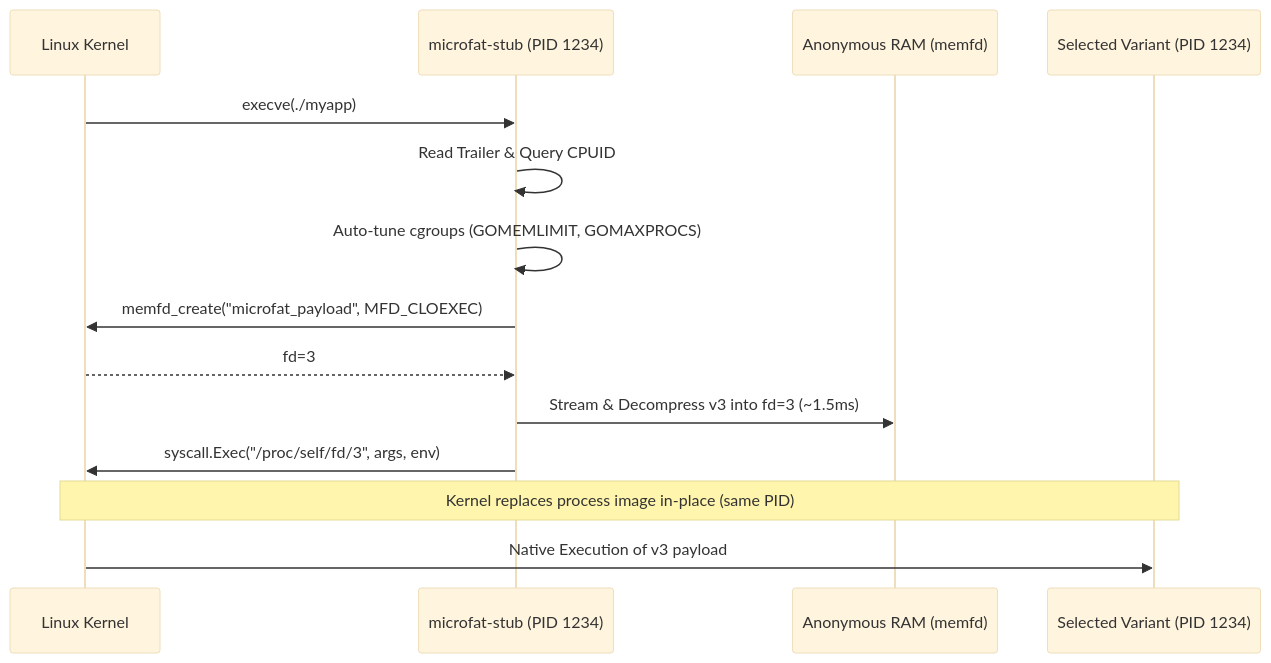
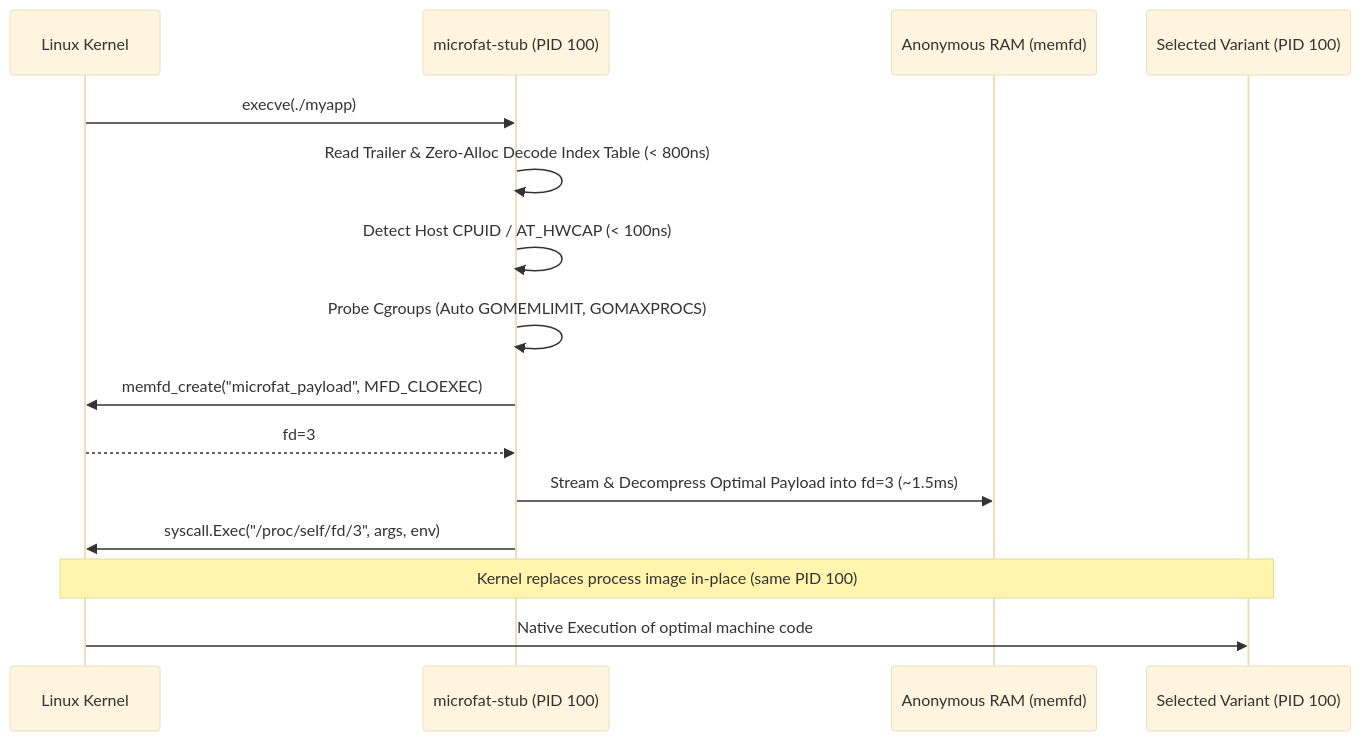
One commit to EpicBlackWolfZ/microfat changed the diagram in docs/architecture.md. Above: the diagram before and after it, drawn with Mermaid (base theme). The commit also changed other lines of this file and 8 other files, not shown here.

````diff
--- a/docs/architecture.md
+++ b/docs/architecture.md
@@ -95,17 +155,18 @@
 ```mermaid
 sequenceDiagram
     participant OS as Linux Kernel
-    participant Stub as microfat-stub (PID 1234)
+    participant Stub as microfat-stub (PID 100)
     participant RAM as Anonymous RAM (memfd)
-    participant App as Selected Variant (PID 1234)
+    participant App as Selected Variant (PID 100)
 
     OS->>Stub: execve(./myapp)
-    Stub->>Stub: Read Trailer & Query CPUID
-    Stub->>Stub: Auto-tune cgroups (GOMEMLIMIT, GOMAXPROCS)
+    Stub->>Stub: Read Trailer & Zero-Alloc Decode Index Table (< 800ns)
+    Stub->>Stub: Detect Host CPUID / AT_HWCAP (< 100ns)
+    Stub->>Stub: Probe Cgroups (Auto GOMEMLIMIT, GOMAXPROCS)
     Stub->>OS: memfd_create("microfat_payload", MFD_CLOEXEC)
     OS-->>Stub: fd=3
-    Stub->>RAM: Stream & Decompress v3 into fd=3 (~1.5ms)
+    Stub->>RAM: Stream & Decompress Optimal Payload into fd=3 (~1.5ms)
     Stub->>OS: syscall.Exec("/proc/self/fd/3", args, env)
-    Note over OS,App: Kernel replaces process image in-place (same PID)
-    OS->>App: Native Execution of v3 payload
+    Note over OS,App: Kernel replaces process image in-place (same PID 100)
+    OS->>App: Native Execution of optimal machine code
 ```
````
